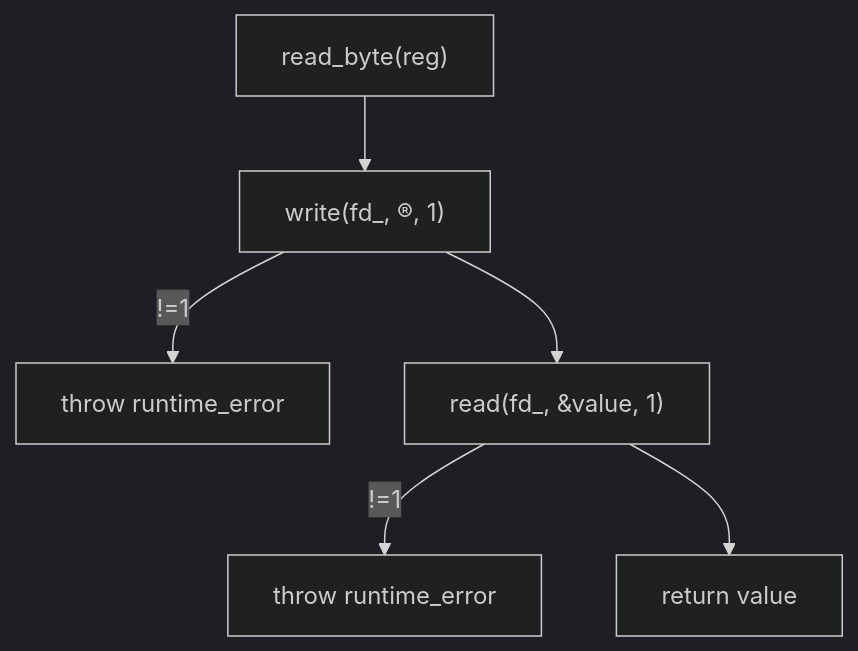
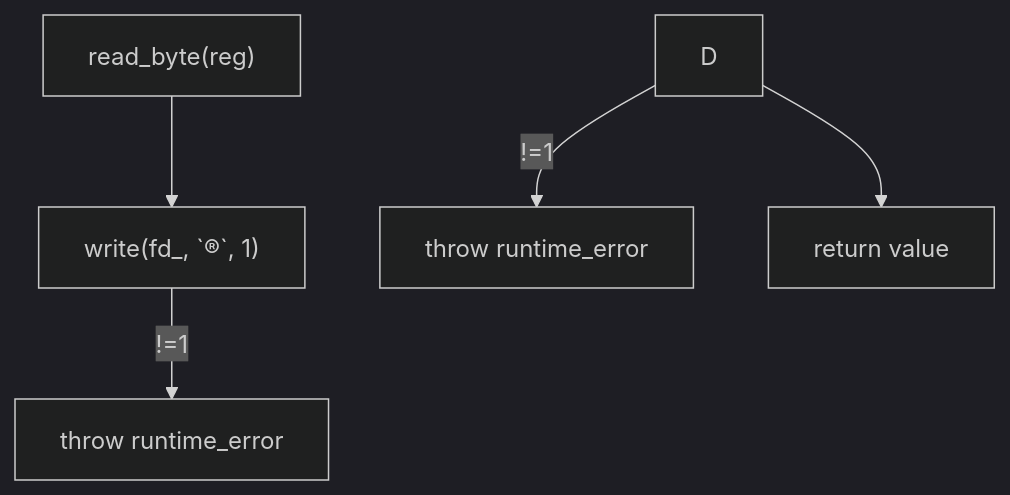
One commit to SEAME-pt/ObjectDetectionAvoidance changed the second of 2 diagrams in pid_control/docs/docs_hardware_module.md. Above: the diagram before and after it, drawn with Mermaid (dark theme). The commit also changed 1 other file, not shown here.

Commit message:
(fix) Mermaid diagrams.

````diff
--- a/pid_control/docs/docs_hardware_module.md
+++ b/pid_control/docs/docs_hardware_module.md
@@ -43,8 +43,8 @@
 ```mermaid
 graph TD
     A["read_byte(reg)"] --> B["write(fd_, &reg, 1)"]
     B -->|!=1| C["throw runtime_error"]
-    B --> D["read(fd_, &value, 1)"]
+    B["write(fd_, `&reg`, 1)"]
     D -->|!=1| E["throw runtime_error"]
     D --> F["return value"]
 ```
````
